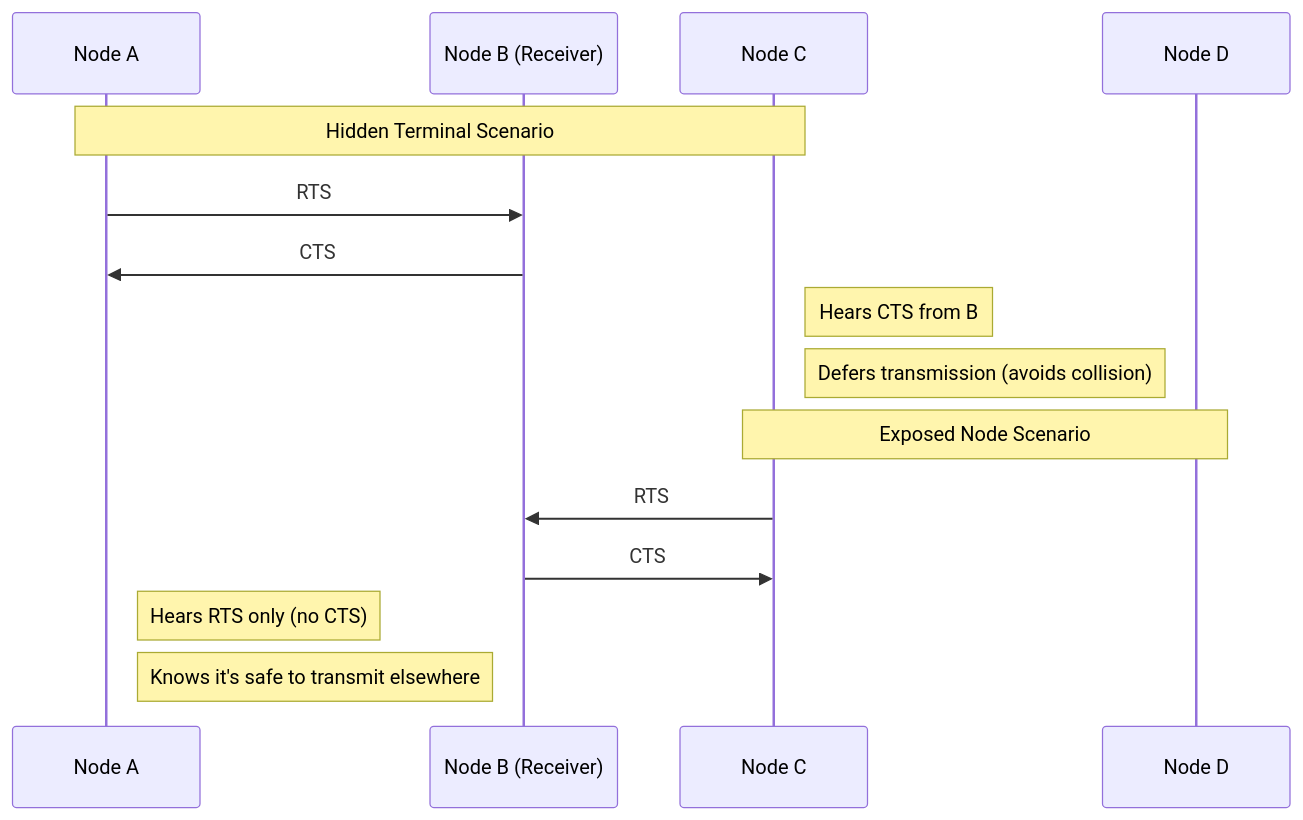
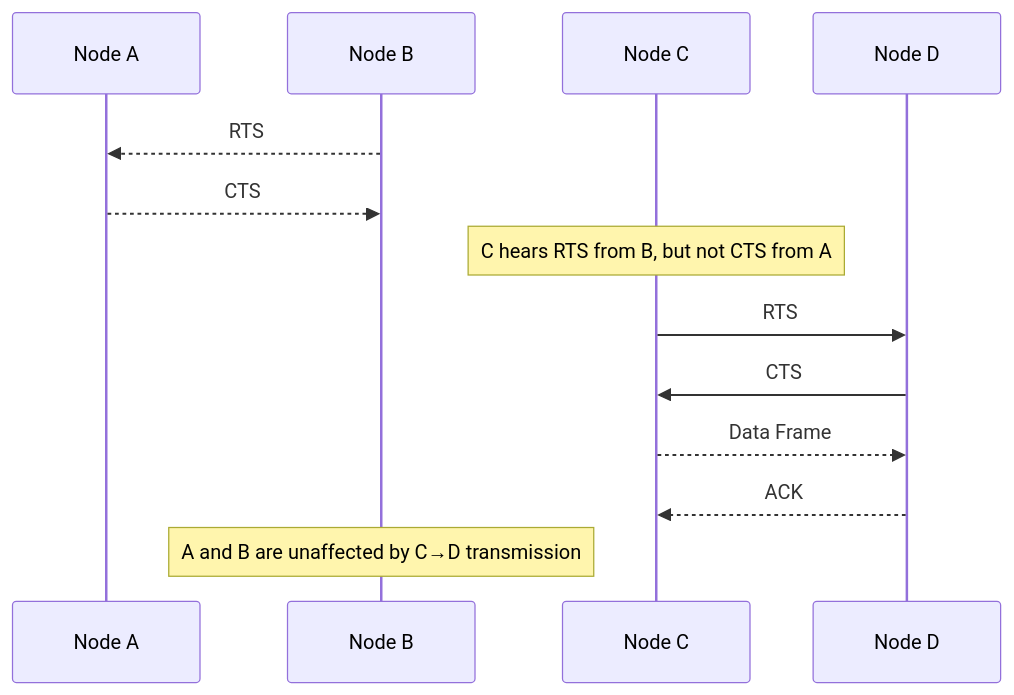
Before and after one commit to shivaprasad2394/c: the third of 16 diagrams in wireless_lan_ieee80211.md, drawn with Mermaid. The commit also changed other lines of this file, not shown here.

````diff
--- a/wireless_lan_ieee80211.md
+++ b/wireless_lan_ieee80211.md
@@ -172,23 +204,19 @@
 ```mermaid
 sequenceDiagram
     participant Node A
-    participant Node B (Receiver)
+    participant Node B
     participant Node C
     participant Node D
 
-    %% Hidden Terminal Problem Resolution
-    Note over Node A,Node C: Hidden Terminal Scenario
-    Node A->>Node B (Receiver): RTS
-    Node B (Receiver)->>Node A: CTS
+    Node B-->>Node A: RTS
+    Node A-->>Node B: CTS
+    Note over Node C: C hears RTS from B, but not CTS from A
 
-    Note right of Node C: Hears CTS from B
-    Note right of Node C: Defers transmission (avoids collision)
+    Node C->>Node D: RTS
+    Node D->>Node C: CTS
 
-    %% Exposed Node Problem Resolution
-    Note over Node C,Node D: Exposed Node Scenario
-    Node C->>Node B (Receiver): RTS
-    Node B (Receiver)->>Node C: CTS
+    Node C-->>Node D: Data Frame
+    Node D-->>Node C: ACK
 
-    Note right of Node A: Hears RTS only (no CTS)
-    Note right of Node A: Knows it's safe to transmit elsewhere
+    Note over Node B: A and B are unaffected by C→D transmission
 ```
````
